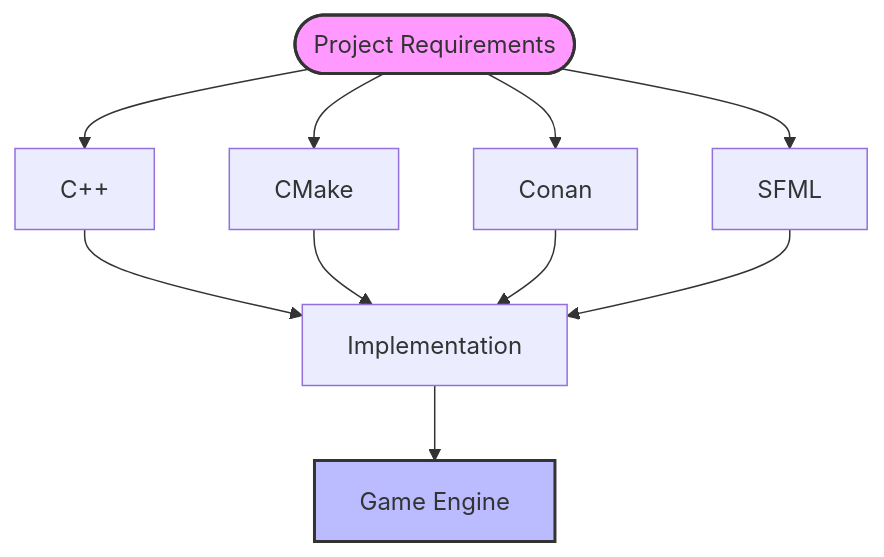
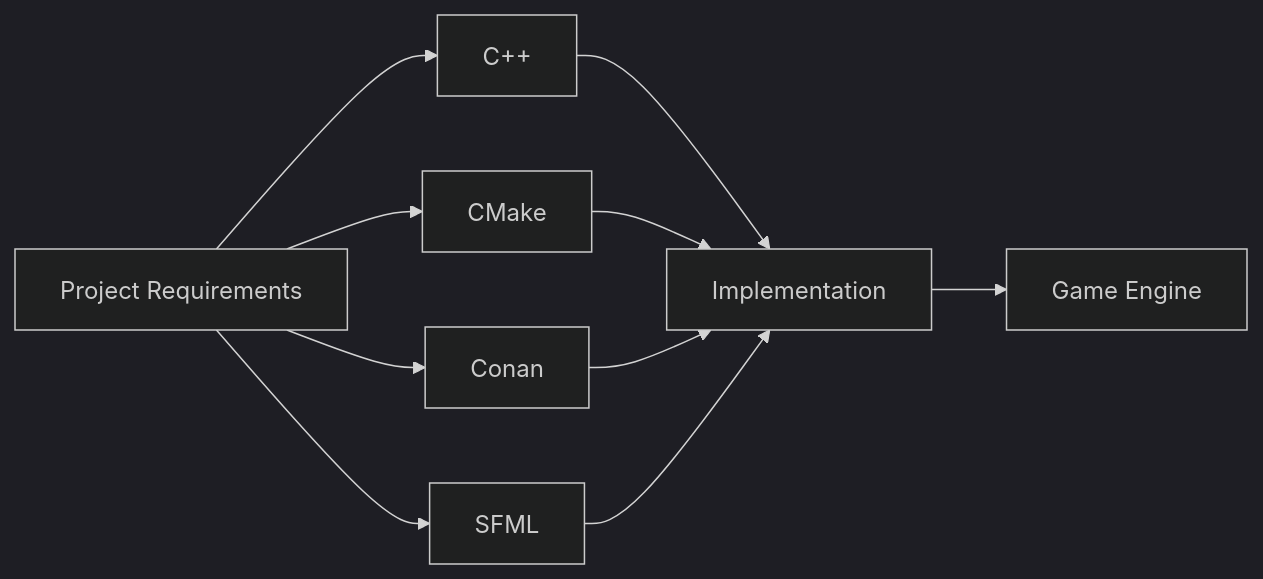
The diagram in docs/technical-study.md (Lucas99913/Doc-RType), drawn with Mermaid before and after one commit.

Commit message:
config: update jekyll configuration
- Configure theme and site metadata
- Setup markdown processing
- Configure syntax highlighting
- Add file inclusion/exclusion rules
- Setup collections and defaults
- Optimize build settings

````diff
--- a/docs/technical-study.md
+++ b/docs/technical-study.md
@@ -200,17 +200,15 @@
 ```mermaid
-flowchart TD
-    A([Project Requirements]) --> B[C++]
-    A --> C[CMake]
-    A --> D[Conan]
-    A --> E[SFML]
+%%{init: {'theme': 'dark'}}%%
+flowchart LR
+    A["Project Requirements"] --> B["C++"]
+    A --> C["CMake"]
+    A --> D["Conan"]
+    A --> E["SFML"]
 
-    B --> F[Implementation]
+    B --> F["Implementation"]
     C --> F
     D --> F
     E --> F
 
-    F --> G[Game Engine]
-
-    style A fill:#f9f,stroke:#333,stroke-width:2px
-    style G fill:#bbf,stroke:#333,stroke-width:2px
+    F --> G["Game Engine"]
 ```
````
